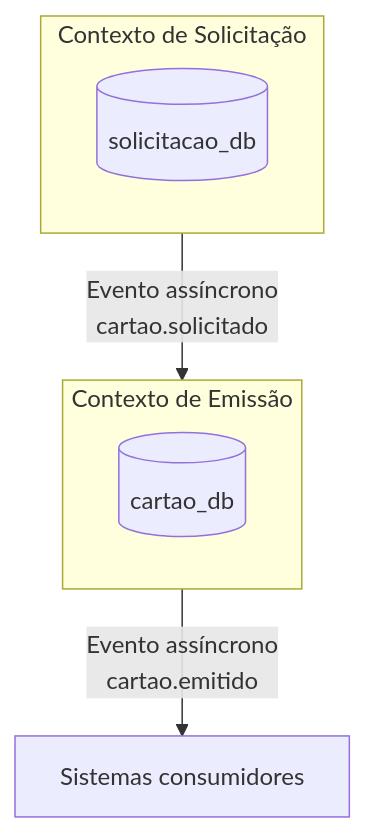
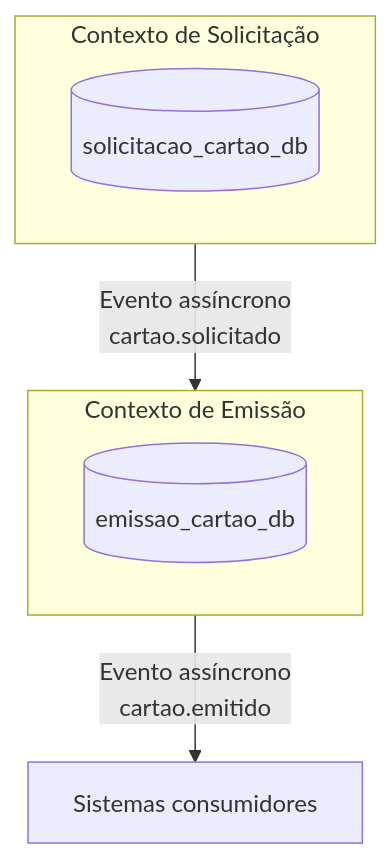
One commit to projeto-caixa-ada/gerador-cartao changed the second of 5 diagrams in projeto-final-contratacao-cartao.md. Above: the diagram before and after it, drawn with Mermaid. The commit also changed other lines of this file and 35 other files, not shown here.

````diff
--- a/projeto-final-contratacao-cartao.md
+++ b/projeto-final-contratacao-cartao.md
@@ -126,15 +126,15 @@
 ```mermaid
 flowchart TD
     subgraph SOL[Contexto de Solicitação]
-        dbS[(solicitacao_db)]
+        dbS[(solicitacao_cartao_db)]
     end
 
     subgraph EMI[Contexto de Emissão]
-        dbE[(cartao_db)]
+        dbE[(emissao_cartao_db)]
     end
 
     CONS[Sistemas consumidores]
 
     SOL -- "Evento assíncrono<br/>cartao.solicitado" --> EMI
     EMI -- "Evento assíncrono<br/>cartao.emitido" --> CONS
 ```
````
